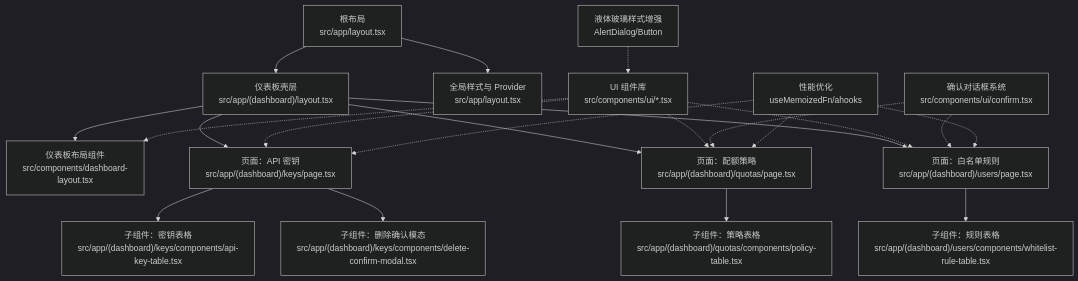
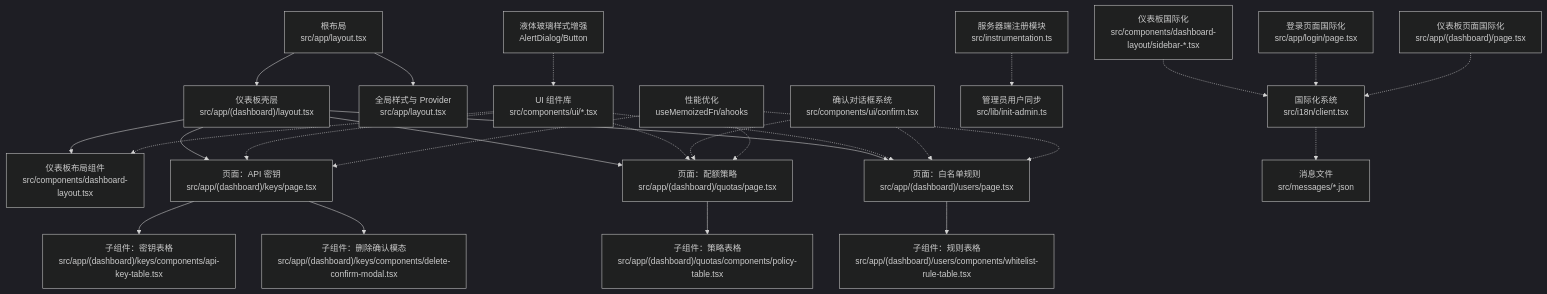
Before and after one commit to RadiumAg/AIGate: the first of 8 diagrams in .qoder/repowiki/zh/content/前端组件/前端组件.md, drawn with Mermaid (dark theme). The commit also changed other lines of this file and 4 other files, not shown here.

````diff
--- a/.qoder/repowiki/zh/content/前端组件/前端组件.md
+++ b/.qoder/repowiki/zh/content/前端组件/前端组件.md
@@ -73,23 +89,28 @@
 ```mermaid
 graph TB
 A["根布局<br/>src/app/layout.tsx"] --> B["仪表板壳层<br/>src/app/(dashboard)/layout.tsx"]
 B --> C["仪表板布局组件<br/>src/components/dashboard-layout.tsx"]
 B --> D["页面：API 密钥<br/>src/app/(dashboard)/keys/page.tsx"]
 D --> E["子组件：密钥表格<br/>src/app/(dashboard)/keys/components/api-key-table.tsx"]
 D --> F["子组件：删除确认模态<br/>src/app/(dashboard)/keys/components/delete-confirm-modal.tsx"]
 B --> G["页面：配额策略<br/>src/app/(dashboard)/quotas/page.tsx"]
 G --> H["子组件：策略表格<br/>src/app/(dashboard)/quotas/components/policy-table.tsx"]
 B --> I["页面：白名单规则<br/>src/app/(dashboard)/users/page.tsx"]
 I --> J["子组件：规则表格<br/>src/app/(dashboard)/users/components/whitelist-rule-table.tsx"]
 A --> K["全局样式与 Provider<br/>src/app/layout.tsx"]
 L["UI 组件库<br/>src/components/ui/*.tsx"] -.-> C
 L -.-> D
 L -.-> G
 L -.-> I
 M["确认对话框系统<br/>src/components/ui/confirm.tsx"] -.-> G
 M -.-> I
 N["液体玻璃样式增强<br/>AlertDialog/Button"] -.-> L
 O["性能优化<br/>useMemoizedFn/ahooks"] -.-> D
 O -.-> G
 O -.-> I
+P["服务器端注册模块<br/>src/instrumentation.ts"] -.-> Q["管理员用户同步<br/>src/lib/init-admin.ts"]
+R["国际化系统<br/>src/i18n/client.tsx"] -.-> S["消息文件<br/>src/messages/*.json"]
+T["仪表板国际化<br/>src/components/dashboard-layout/sidebar-*.tsx"] -.-> R
+U["登录页面国际化<br/>src/app/login/page.tsx"] -.-> R
+V["仪表板页面国际化<br/>src/app/(dashboard)/page.tsx"] -.-> R
 ```
````
